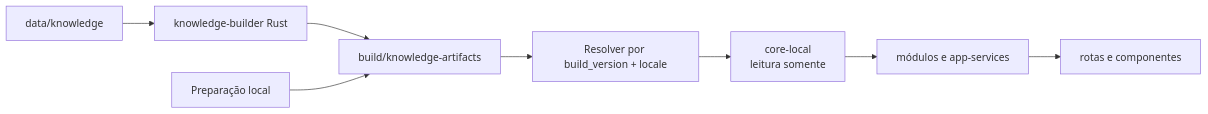
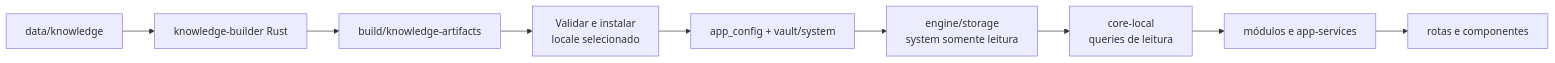
The diagram in docs/plans/hub-server/01c-app-system-consumption.md (migmoroni/veterinary-clinic), drawn with Mermaid before and after one commit. The commit also changed other lines of this file and 6 other files, not shown here.

````diff
--- a/docs/plans/hub-server/01c-app-system-consumption.md
+++ b/docs/plans/hub-server/01c-app-system-consumption.md
@@ -46,10 +52,11 @@
 ```mermaid
 flowchart LR
     DATA["data/knowledge"] --> BUILDER["knowledge-builder Rust"]
     BUILDER --> OUTPUT["build/knowledge-artifacts"]
-    PREPARE["Preparação local"] --> OUTPUT
-    OUTPUT --> RESOLVER["Resolver por build_version + locale"]
-    RESOLVER --> CORE["core-local<br/>leitura somente"]
+    OUTPUT --> PREPARE["Validar e instalar<br/>locale selecionado"]
+    PREPARE --> ACTIVE["app_config + vault/system"]
+    ACTIVE --> ENGINE["engine/storage<br/>system somente leitura"]
+    ENGINE --> CORE["core-local<br/>queries de leitura"]
     CORE --> MODULES["módulos e app-services"]
     MODULES --> ROUTES["rotas e componentes"]
 ```
````
